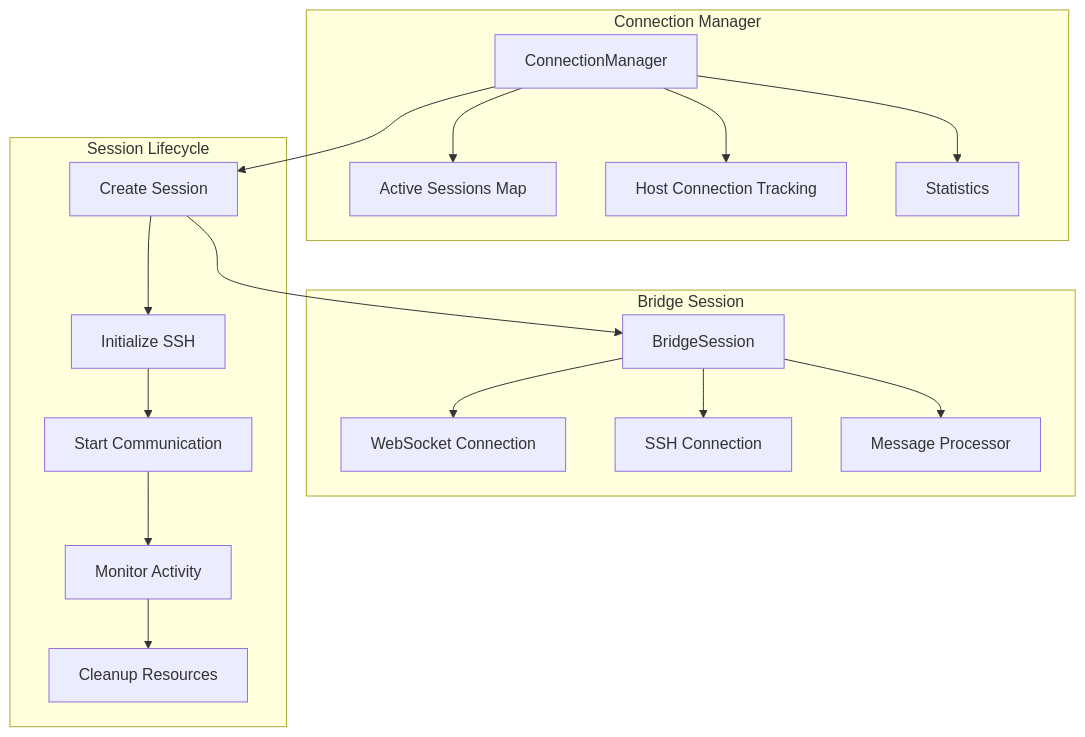
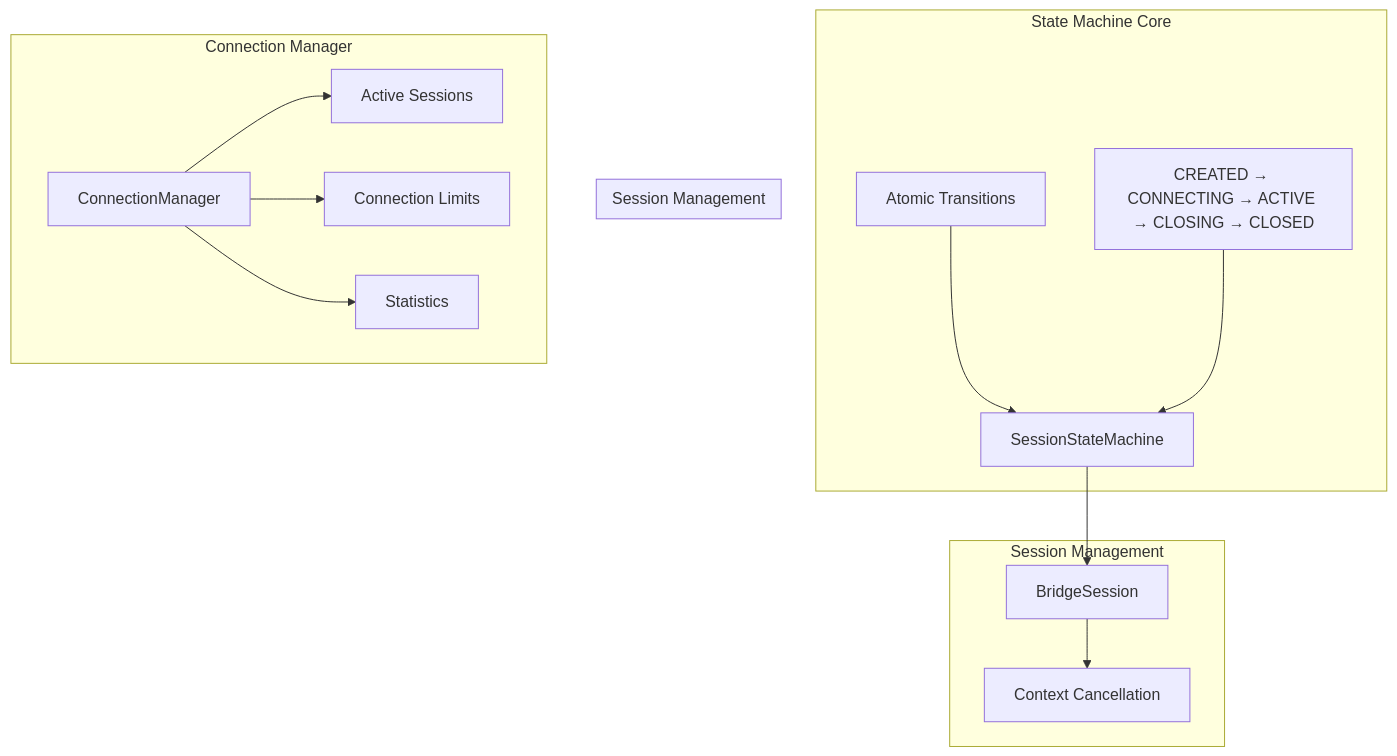
Before and after one commit to ubyte-source/ubyte-webssh-bridge: the first of 2 diagrams in ws/connection/README.md, drawn with Mermaid. The commit also changed other lines of this file and 19 other files, not shown here.

````diff
--- a/ws/connection/README.md
+++ b/ws/connection/README.md
@@ -7,37 +7,32 @@
 ```mermaid
 graph TB
+    subgraph "State Machine Core"
+        SM["SessionStateMachine"]
+        States["CREATED → CONNECTING → ACTIVE → CLOSING → CLOSED"]
+        Atomic["Atomic Transitions"]
+    end
+
+    subgraph "Session Management"
+        Session["BridgeSession"]
+        Context["Context Cancellation"]
+    end
+    subgraph "Session Management"
+        Session["BridgeSession"]
+        Context["Context Cancellation"]
+    end
+
     subgraph "Connection Manager"
         Manager["ConnectionManager"]
-        Sessions["Active Sessions Map"]
-        HostTrack["Host Connection Tracking"]
+        Sessions["Active Sessions"]
+        Limits["Connection Limits"]
         Stats["Statistics"]
     end
 
-    subgraph "Bridge Session"
-        Session["BridgeSession"]
-        WSConn["WebSocket Connection"]
-        SSHConn["SSH Connection"]
-        MsgProc["Message Processor"]
-    end
-
-    subgraph "Session Lifecycle"
-        Create["Create Session"]
-        Init["Initialize SSH"]
-        Comm["Start Communication"]
-        Monitor["Monitor Activity"]
-        Cleanup["Cleanup Resources"]
-    end
-
+    SM --> Session
+    Atomic --> SM
+    States --> SM
+    Session --> Context
     Manager --> Sessions
-    Manager --> HostTrack
+    Manager --> Limits
     Manager --> Stats
-    Manager --> Create
-    Create --> Session
-    Session --> WSConn
-    Session --> SSHConn
-    Session --> MsgProc
-    Create --> Init
-    Init --> Comm
-    Comm --> Monitor
-    Monitor --> Cleanup
 ```
````
